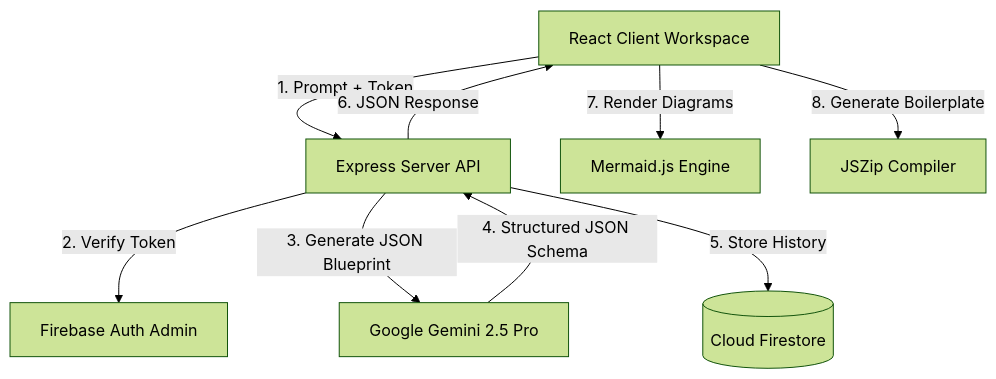
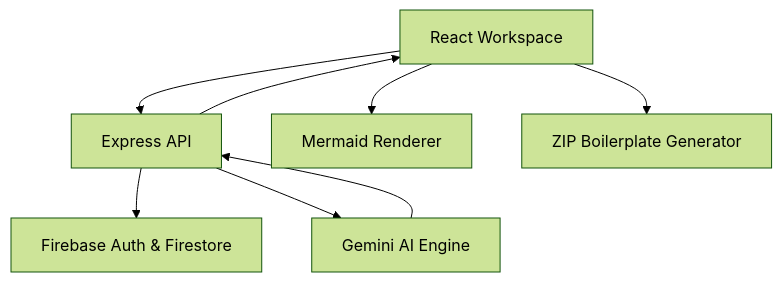
One commit to theTyai/InfraMind changed the diagram in README.md. Above: the diagram before and after it, drawn with Mermaid (forest theme). The commit also changed other lines of this file, not shown here.

````diff
--- a/README.md
+++ b/README.md
@@ -11,11 +72,10 @@
 ```mermaid
 graph TD
-    Client[React Client Workspace] -->|1. Prompt + Token| Server[Express Server API]
-    Server -->|2. Verify Token| FirebaseAuth[Firebase Auth Admin]
-    Server -->|3. Generate JSON Blueprint| Gemini[Google Gemini 2.5 Pro]
-    Gemini -->|4. Structured JSON Schema| Server
-    Server -->|5. Store History| Firestore[(Cloud Firestore)]
-    Server -->|6. JSON Response| Client
-    Client -->|7. Render Diagrams| Mermaid[Mermaid.js Engine]
-    Client -->|8. Generate Boilerplate| JSZip[JSZip Compiler]
+    Client[React Workspace] --> Server[Express API]
+    Server --> Firebase[Firebase Auth & Firestore]
+    Server --> Gemini[Gemini AI Engine]
+    Gemini --> Server
+    Server --> Client
+    Client --> Mermaid[Mermaid Renderer]
+    Client --> JSZip[ZIP Boilerplate Generator]
 ```
````
